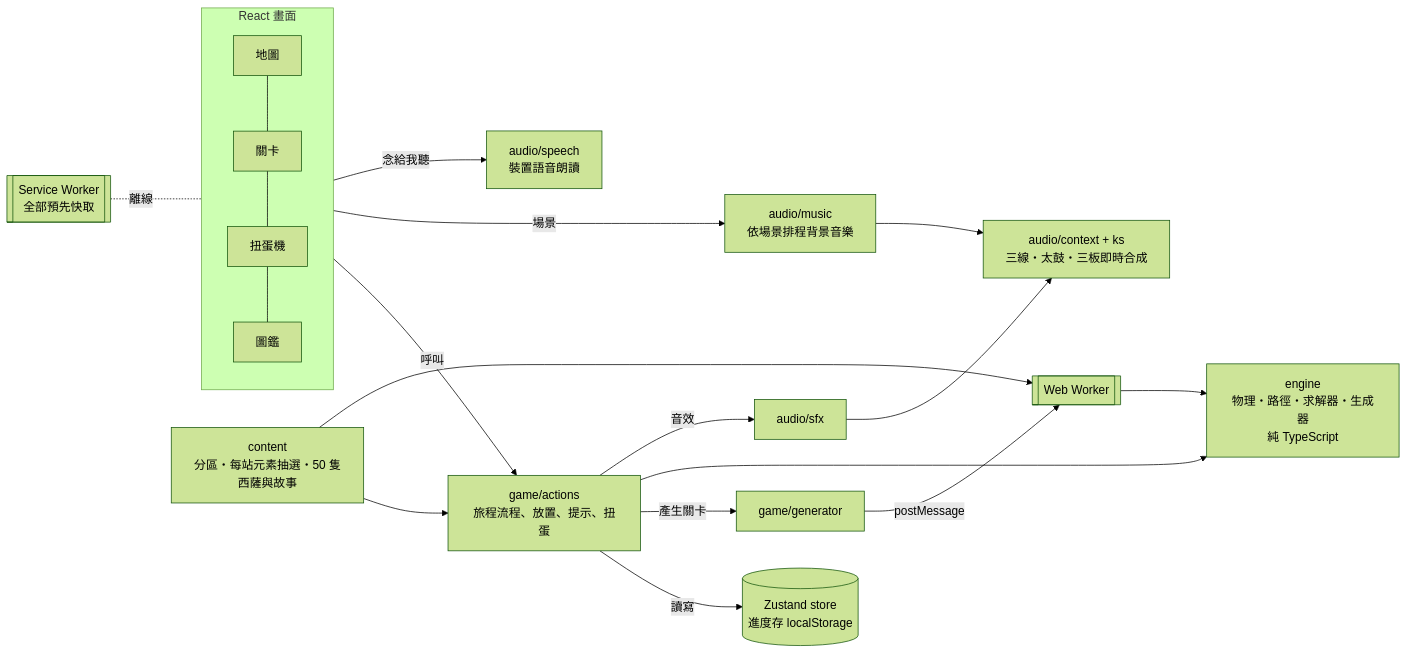
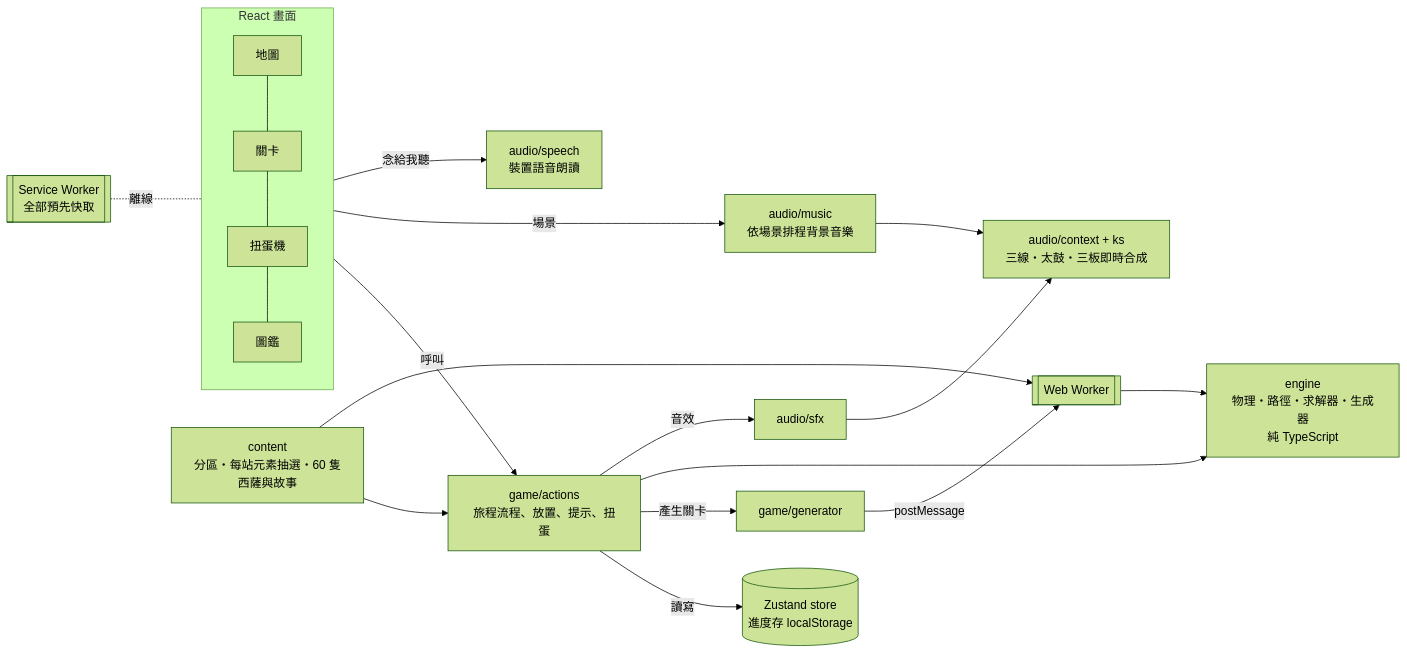
Before and after one commit to AaronChuo/shisa-reunion: the diagram in docs/README.md, drawn with Mermaid (forest theme). The commit also changed other lines of this file and 4 other files, not shown here.

````diff
--- a/docs/README.md
+++ b/docs/README.md
@@ -33,20 +33,20 @@
 ```mermaid
 flowchart LR
   subgraph UI[React 畫面]
     Home[地圖] --- Play[關卡] --- Gacha[扭蛋機] --- Dex[圖鑑]
   end
   UI -->|呼叫| Actions[game/actions<br/>旅程流程、放置、提示、扭蛋]
   Actions -->|讀寫| Store[(Zustand store<br/>進度存 localStorage)]
   Actions -->|產生關卡| Client[game/generator]
   Client -->|postMessage| Worker[[Web Worker]]
   Worker --> Engine[engine<br/>物理・路徑・求解器・生成器<br/>純 TypeScript]
   Actions --> Engine
-  Content[content<br/>分區・每站元素抽選・50 隻西薩與故事] --> Actions
+  Content[content<br/>分區・每站元素抽選・60 隻西薩與故事] --> Actions
   UI -->|場景| Music[audio/music<br/>依場景排程背景音樂]
   Actions -->|音效| Sfx[audio/sfx]
   UI -->|念給我聽| Speech[audio/speech<br/>裝置語音朗讀]
   Music --> Synth[audio/context + ks<br/>三線・太鼓・三板即時合成]
   Sfx --> Synth
   Content --> Worker
   SW[[Service Worker<br/>全部預先快取]] -.離線.- UI
 ```
````
